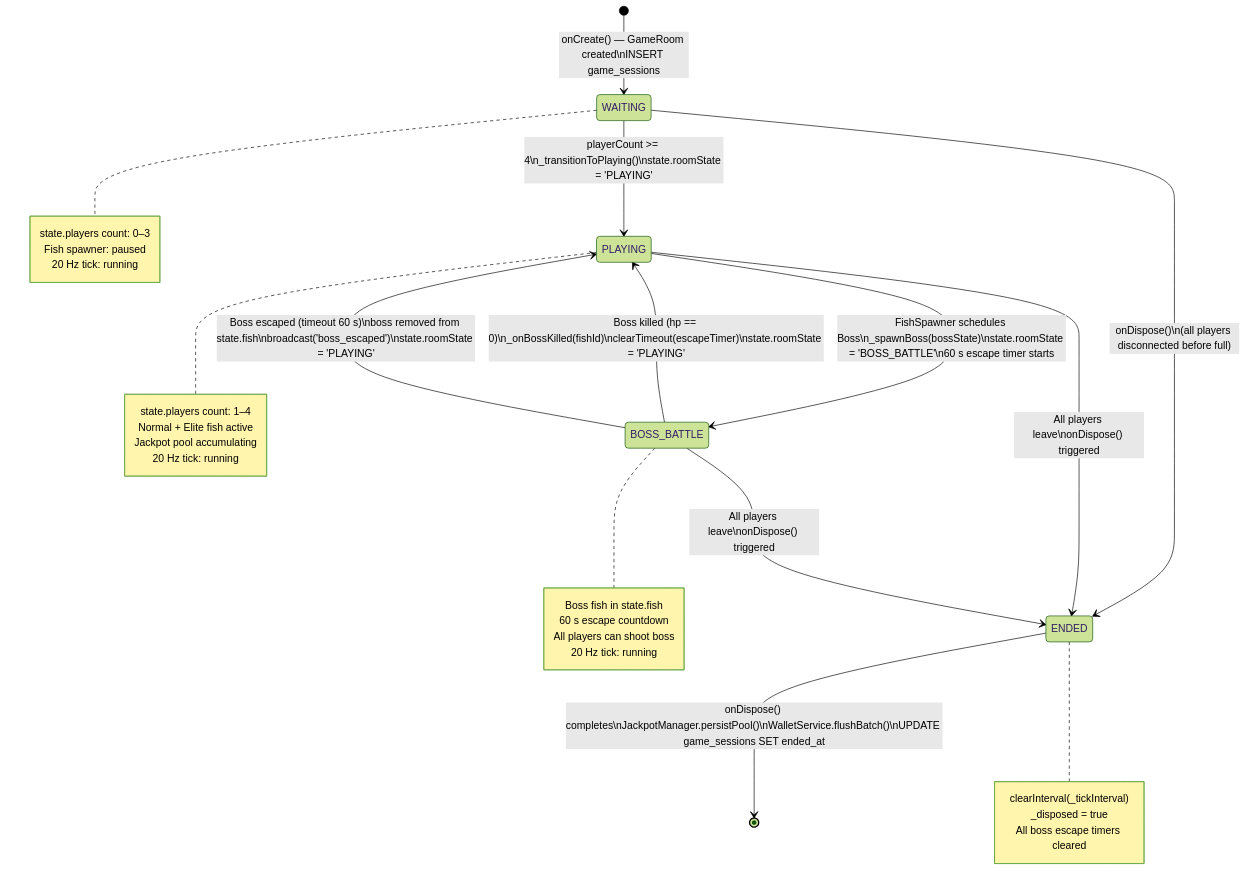
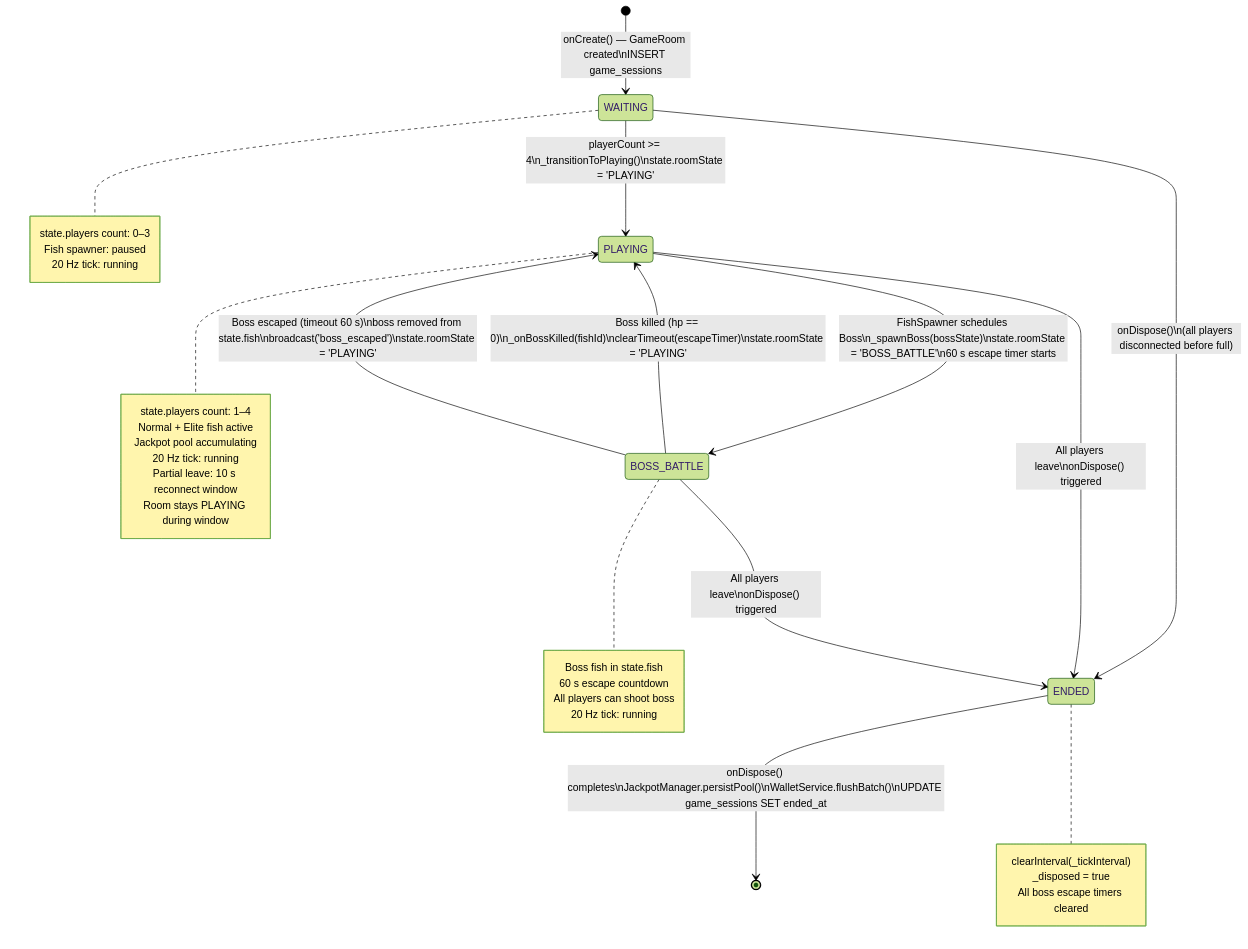
Before and after one commit to ibalasite/fishing-arcade-game: the fifth of 5 diagrams in docs/ARCH.md, drawn with Mermaid (forest theme). The commit also changed other lines of this file, not shown here.

````diff
--- a/docs/ARCH.md
+++ b/docs/ARCH.md
@@ -349,46 +360,48 @@
 ```mermaid
 stateDiagram-v2
     [*] --> WAITING : onCreate() — GameRoom created\nINSERT game_sessions
 
     WAITING --> PLAYING : playerCount >= 4\n_transitionToPlaying()\nstate.roomState = 'PLAYING'
 
     WAITING --> ENDED : onDispose()\n(all players disconnected before full)
 
     PLAYING --> BOSS_BATTLE : FishSpawner schedules Boss\n_spawnBoss(bossState)\nstate.roomState = 'BOSS_BATTLE'\n60 s escape timer starts
 
     BOSS_BATTLE --> PLAYING : Boss killed (hp == 0)\n_onBossKilled(fishId)\nclearTimeout(escapeTimer)\nstate.roomState = 'PLAYING'
 
     BOSS_BATTLE --> PLAYING : Boss escaped (timeout 60 s)\nboss removed from state.fish\nbroadcast('boss_escaped')\nstate.roomState = 'PLAYING'
 
     PLAYING --> ENDED : All players leave\nonDispose() triggered
 
     BOSS_BATTLE --> ENDED : All players leave\nonDispose() triggered
 
     ENDED --> [*] : onDispose() completes\nJackpotManager.persistPool()\nWalletService.flushBatch()\nUPDATE game_sessions SET ended_at
 
     note right of WAITING
         state.players count: 0–3
         Fish spawner: paused
         20 Hz tick: running
     end note
 
     note right of PLAYING
         state.players count: 1–4
         Normal + Elite fish active
         Jackpot pool accumulating
         20 Hz tick: running
+        Partial leave: 10 s reconnect window
+        Room stays PLAYING during window
     end note
 
     note right of BOSS_BATTLE
         Boss fish in state.fish
         60 s escape countdown
         All players can shoot boss
         20 Hz tick: running
     end note
 
     note right of ENDED
         clearInterval(_tickInterval)
         _disposed = true
         All boss escape timers cleared
     end note
 ```
````
